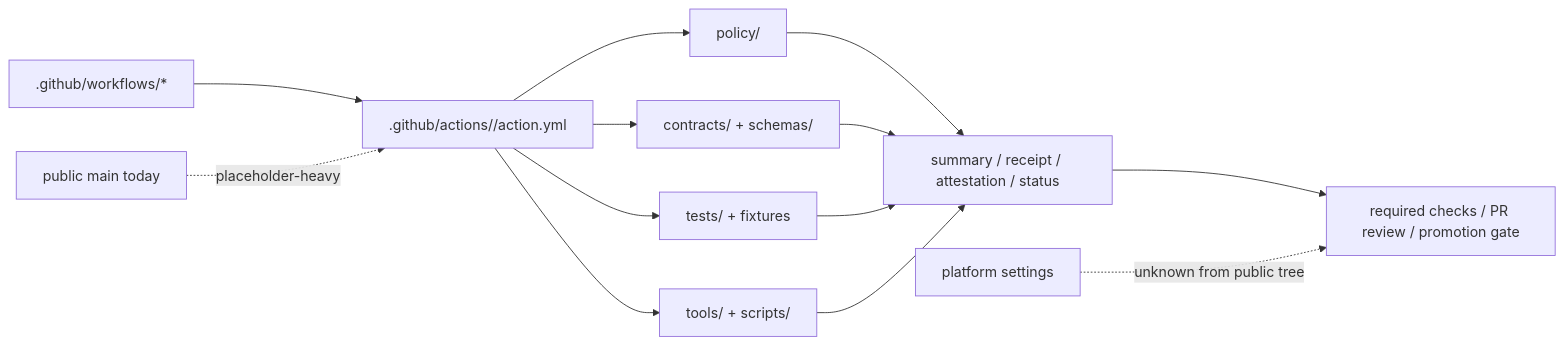
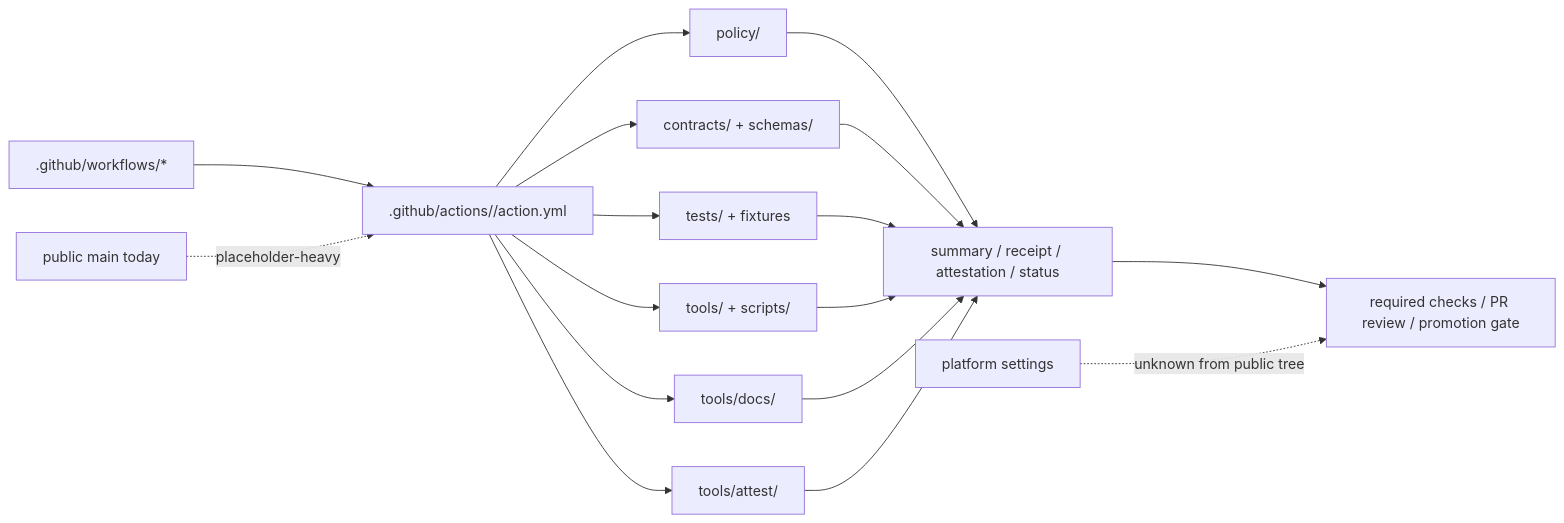
Before and after one commit to bartytime4life/Kansas-Frontier-Matrix: the diagram in .github/actions/README.md, drawn with Mermaid. The commit also changed other lines of this file, not shown here.

````diff
--- a/.github/actions/README.md
+++ b/.github/actions/README.md
@@ -366,19 +459,23 @@
 ```mermaid
 flowchart LR
     W[.github/workflows/*] --> A[.github/actions/<action>/action.yml]
 
     A --> P[policy/]
     A --> C[contracts/ + schemas/]
     A --> T[tests/ + fixtures]
     A --> S[tools/ + scripts/]
+    A --> D[tools/docs/]
+    A --> AT[tools/attest/]
 
     P --> R[summary / receipt / attestation / status]
     C --> R
     T --> R
     S --> R
+    D --> R
+    AT --> R
 
     R --> G[required checks / PR review / promotion gate]
 
     X[public main today] -. placeholder-heavy .-> A
     Y[platform settings] -. unknown from public tree .-> G
 ```
````
